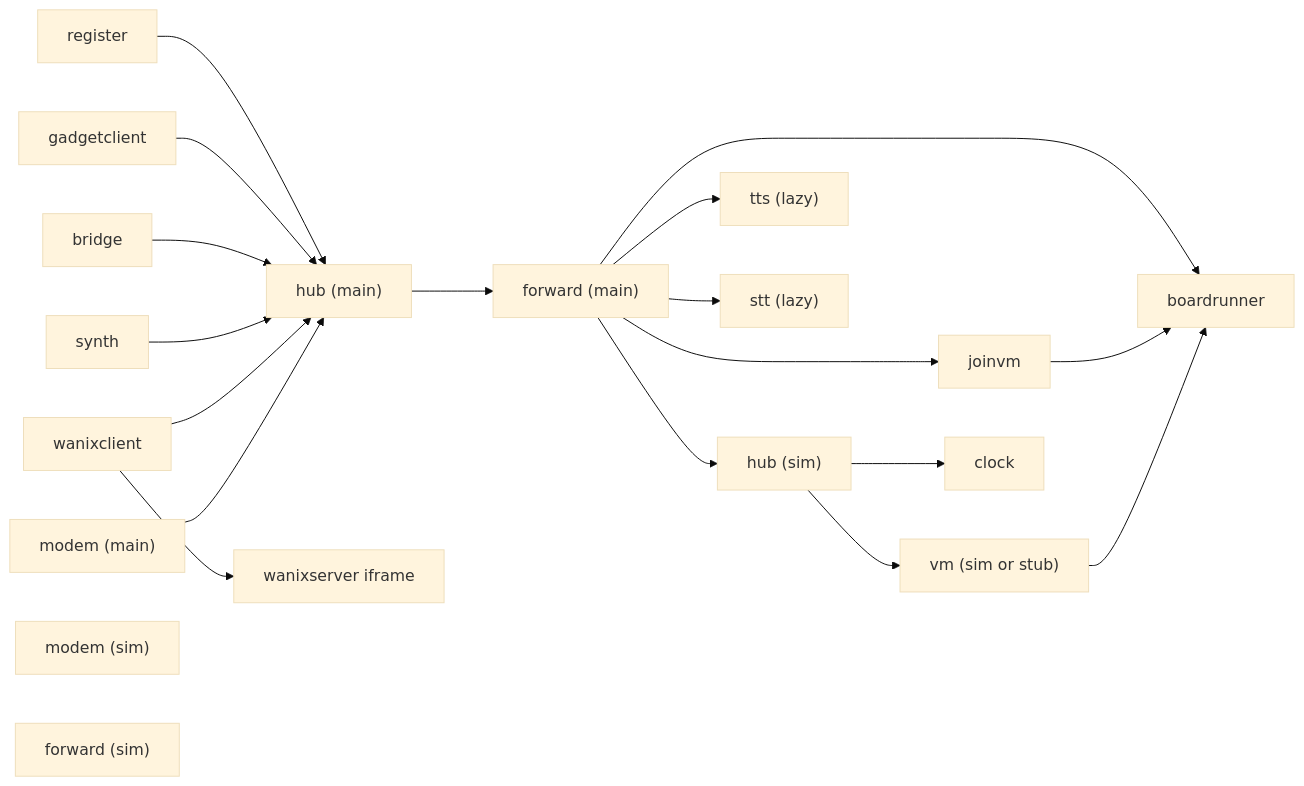
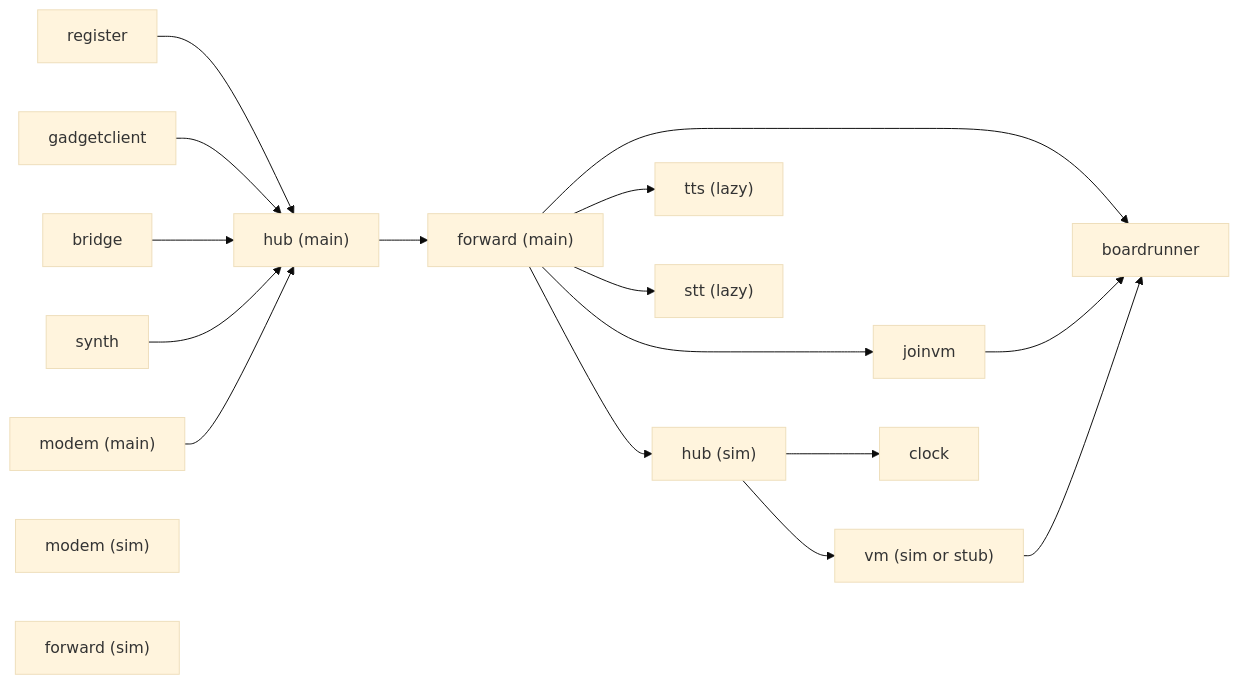
One commit to goldbuick/zed-software-system changed the second of 4 diagrams in docs-site/content/map.mdx. Above: the diagram before and after it, drawn with Mermaid (base theme). The commit also changed other lines of this file and 364 other files, not shown here.

````diff
--- a/docs-site/content/map.mdx
+++ b/docs-site/content/map.mdx
@@ -74,38 +64,34 @@
 ```mermaid
 flowchart LR
   mregister["register"]
   mgadget["gadgetclient"]
   mbridge["bridge"]
   msynth["synth"]
-  mwanix["wanixclient"]
   mmodem["modem (main)"]
   mhub["hub (main)"]
   mforward["forward (main)"]
   svm["vm (sim or stub)"]
   sstub["joinvm"]
   sclock["clock"]
   smodem["modem (sim)"]
   shub["hub (sim)"]
   sforward["forward (sim)"]
   brunner["boardrunner"]
   htts["tts (lazy)"]
   hstt["stt (lazy)"]
-  iwanix["wanixserver iframe"]
   mhub --> mforward
   mforward --> shub
   mforward --> sstub
   mforward --> brunner
   mforward --> htts
   mforward --> hstt
   shub --> svm
   shub --> sclock
   sstub --> brunner
   svm --> brunner
   mregister --> mhub
   mgadget --> mhub
   mbridge --> mhub
   msynth --> mhub
-  mwanix --> mhub
   mmodem --> mhub
-  mwanix --> iwanix
 ```
````
